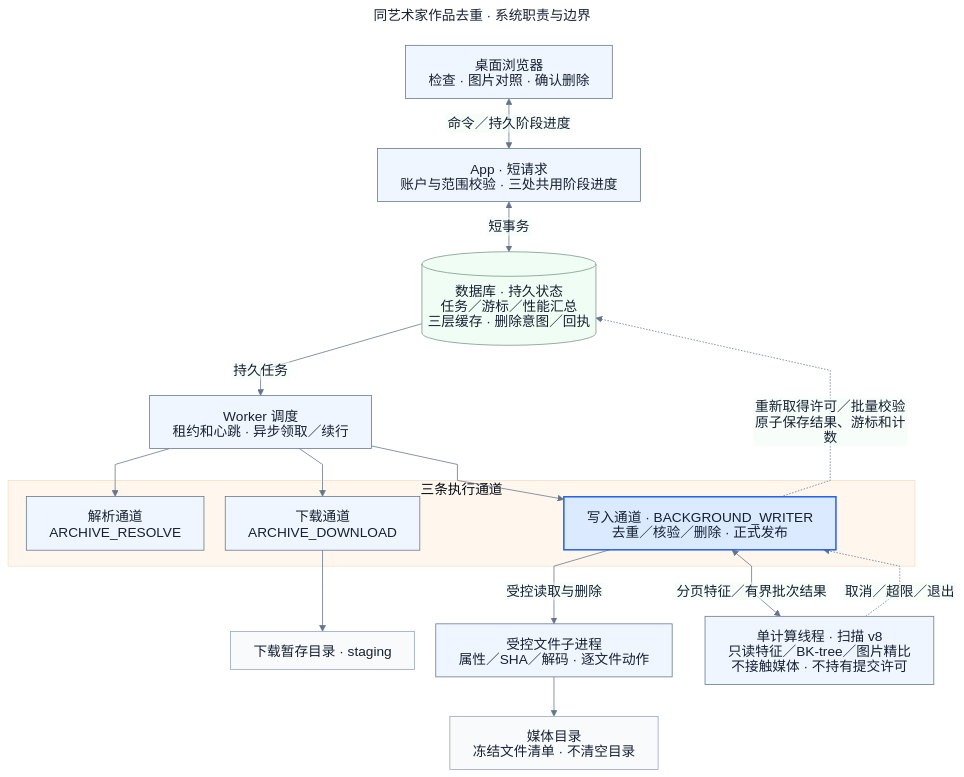
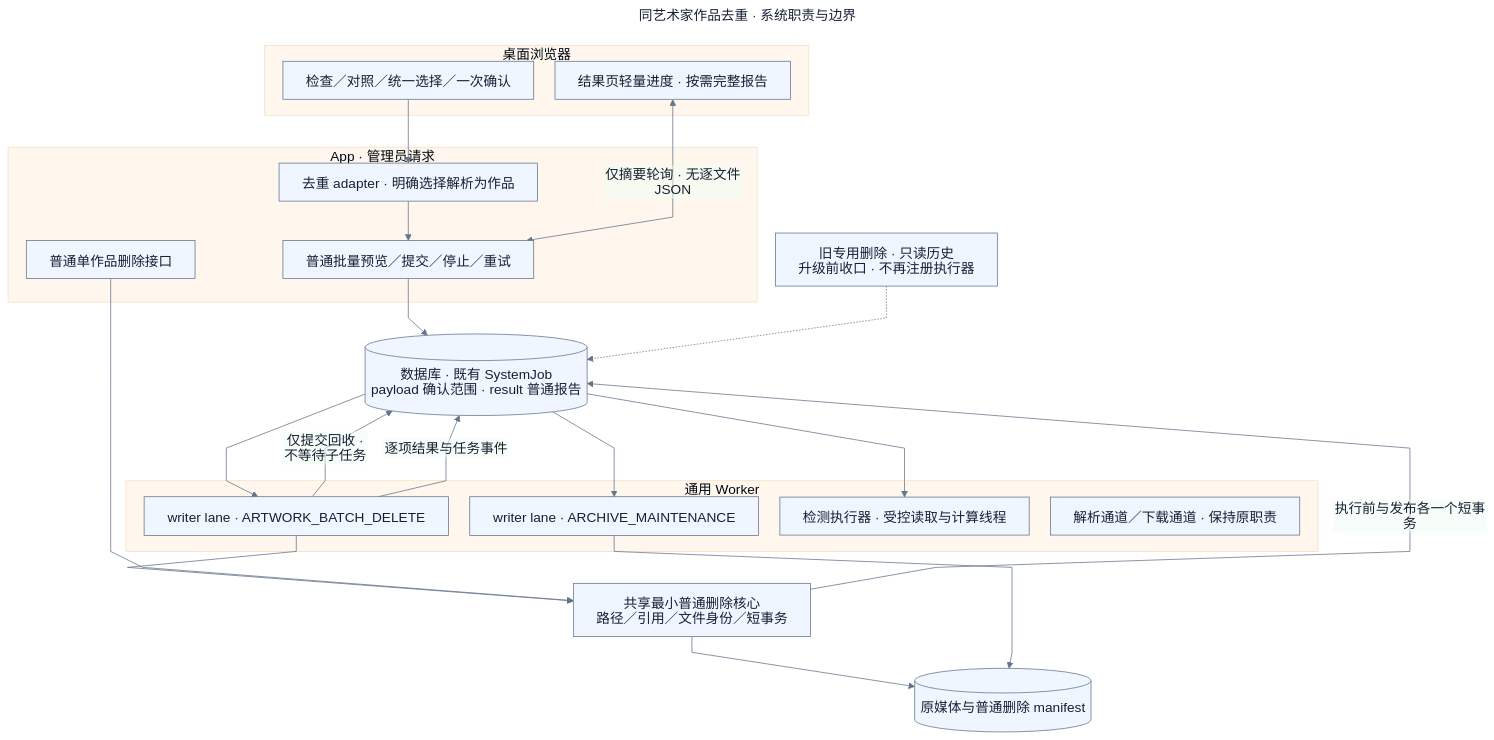
One commit to namehu/PixiShelf changed the diagram in docs/diagrams/features/artwork-deduplication/architecture.mmd. Above: the diagram before and after it, drawn with Mermaid. The commit also changed 91 other files, not shown here.

```diff
--- a/docs/diagrams/features/artwork-deduplication/architecture.mmd
+++ b/docs/diagrams/features/artwork-deduplication/architecture.mmd
@@ -1,51 +1,54 @@
 ---
 config:
   theme: base
   htmlLabels: false
   themeVariables:
     fontFamily: 'Arial, PingFang SC, Microsoft YaHei, sans-serif'
     fontSize: 18px
     background: '#ffffff'
     primaryColor: '#eff6ff'
     primaryTextColor: '#172033'
     primaryBorderColor: '#64748b'
     lineColor: '#64748b'
     secondaryColor: '#f0fdf4'
     tertiaryColor: '#fff7ed'
   flowchart:
     htmlLabels: false
     curve: linear
     nodeSpacing: 28
     rankSpacing: 42
     wrappingWidth: 340
 title: 同艺术家作品去重 · 系统职责与边界
 ---
 flowchart TB
-  A01[桌面浏览器<br/>检查 · 图片对照 · 确认删除]
-  A02[App · 短请求<br/>账户与范围校验 · 三处共用阶段进度]
-  A03[(数据库 · 持久状态<br/>任务／游标／性能汇总<br/>三层缓存 · 删除意图／回执)]
-  A05[Worker 调度<br/>租约和心跳 · 异步领取／续行]
-  subgraph Worker[三条执行通道]
-    A06[解析通道<br/>ARCHIVE_RESOLVE]
-    A07[下载通道<br/>ARCHIVE_DOWNLOAD]
-    A08[写入通道 · BACKGROUND_WRITER<br/>去重／核验／删除 · 正式发布]
+  subgraph Browser[桌面浏览器]
+    A[检查／对照／统一选择／一次确认]
+    P[结果页轻量进度 · 按需完整报告]
   end
-  A09[受控文件子进程<br/>属性／SHA／解码 · 逐文件动作]
-  A12[单计算线程 · 扫描 v8<br/>只读特征／BK-tree／图片精比<br/>不接触媒体 · 不持有提交许可]
-  A10[下载暂存目录 · staging]
-  A11[媒体目录<br/>冻结文件清单 · 不清空目录]
-  A01 <-->|命令／持久阶段进度| A02
-  A02 <-->|短事务| A03
-  A03 -->|持久任务| A05
-  A05 --> A06 & A07 & A08
-  A07 --> A10
-  A08 -->|受控读取与删除| A09 --> A11
-  A08 <-->|分页特征／有界批次结果| A12
-  A08 -.->|重新取得许可／批量校验<br/>原子保存结果、游标和计数| A03
-  A12 -.->|取消／超限／退出| A08
-  classDef store fill:#f0fdf4,stroke:#779489
-  classDef disk fill:#f8fafc,stroke:#94a3b8
-  classDef writer fill:#dbeafe,stroke:#2563eb,stroke-width:2px
-  class A03 store
-  class A10,A11 disk
-  class A08 writer
+  subgraph App[App · 管理员请求]
+    B[去重 adapter · 明确选择解析为作品]
+    C[普通批量预览／提交／停止／重试]
+    S[普通单作品删除接口]
+  end
+  DB[(数据库 · 既有 SystemJob<br/>payload 确认范围 · result 普通报告)]
+  subgraph Worker[通用 Worker]
+    Q[writer lane · ARTWORK_BATCH_DELETE]
+    R[writer lane · ARCHIVE_MAINTENANCE]
+    SC[检测执行器 · 受控读取与计算线程]
+    RD[解析通道／下载通道 · 保持原职责]
+  end
+  CORE[共享最小普通删除核心<br/>路径／引用／文件身份／短事务]
+  FS[(原媒体与普通删除 manifest)]
+  A --> B --> C --> DB
+  P <-->|仅摘要轮询 · 无逐文件 JSON| C
+  DB --> Q
+  DB --> SC
+  Q --> CORE
+  S --> CORE
+  CORE --> FS
+  Q -->|仅提交回收 · 不等待子任务| DB
+  DB --> R --> FS
+  CORE -->|执行前与发布各一个短事务| DB
+  Q -->|逐项结果与任务事件| DB
+  OLD[旧专用删除 · 只读历史<br/>升级前收口 · 不再注册执行器]
+  OLD -.-> DB
```
